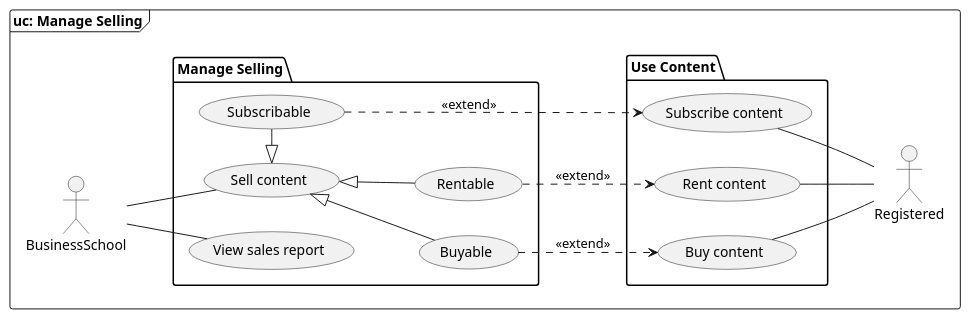
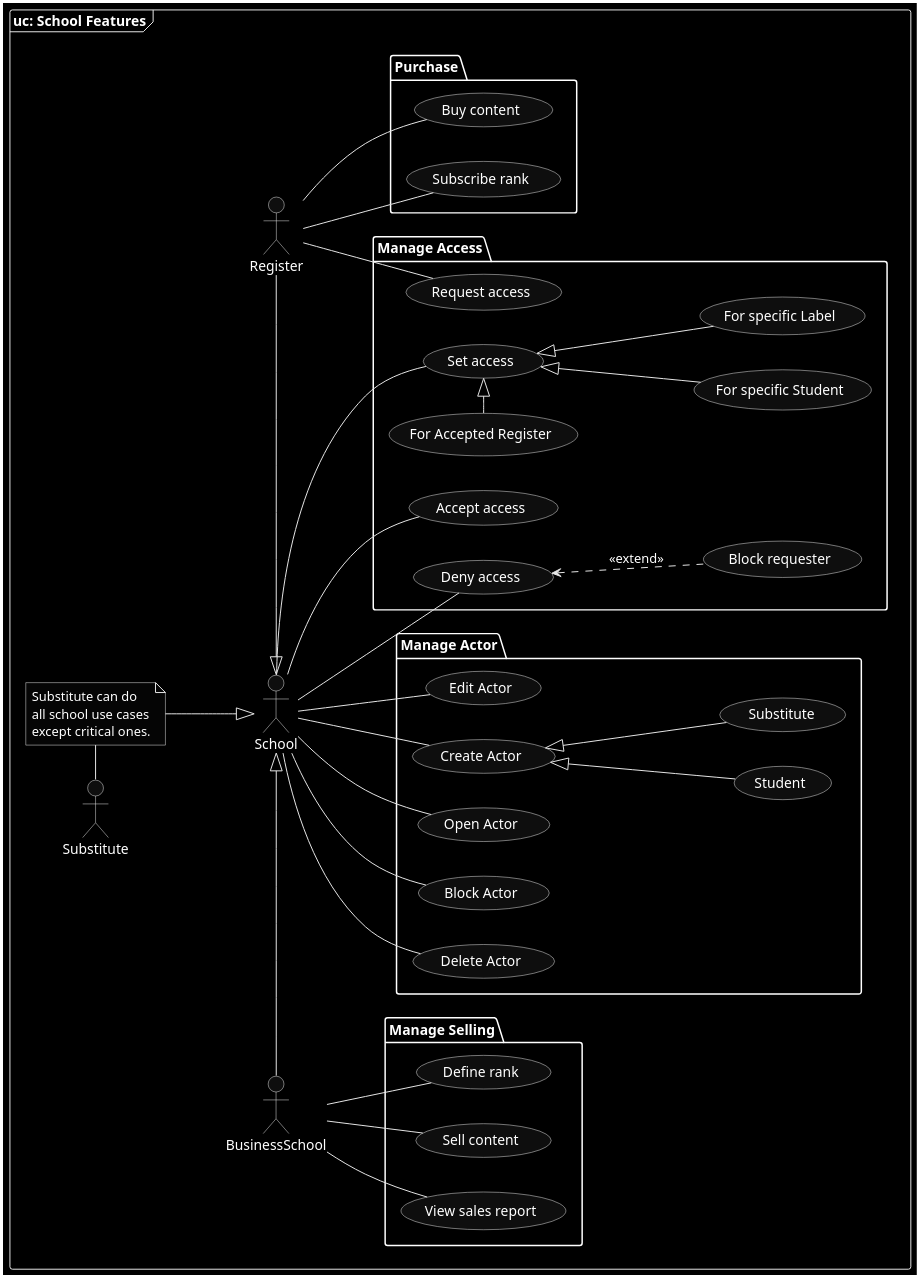
The diagram in models/1.UseCase/selling/1.UseCase.puml (SSMM0498/arkad-conception), drawn with PlantUML before and after one commit. The commit also changed 63 other files, not shown here.

```diff
--- a/models/1.UseCase/selling/1.UseCase.puml
+++ b/models/1.UseCase/selling/1.UseCase.puml
@@ -1,41 +1,64 @@
-@startuml UseCase
+@startuml "School Features"
 left to right direction
 skinparam shadowing false
-skinparam monochrome true
+skinparam monochrome reverse
 
-frame "uc: Manage Selling" {
+frame "uc: School Features" {
+    actor School
     actor BusinessSchool
-    actor Registered
+    actor Substitute
+    actor Register
+
+    note "Substitute can do\nall school use cases\nexcept critical ones." as NOTE
+    :School: <|-up- NOTE
+    NOTE -left- :Substitute:
+    :School: <|-left- :BusinessSchool:
+    :School: <|-right- :Register:
+
+    package "Manage Actor" {
+            (Create Actor) <|-down- (Student)
+            (Create Actor) <|-down- ( Substitute)
+            (Edit Actor)
+            (Delete Actor)
+            (Block Actor)
+            (Open Actor)
+    }
 
     package "Manage Selling" as MSE {
-        (Sell content) <|-left- (Subscribable)
-        (Sell content) <|-down- (Rentable)
-        (Sell content) <|-down- (Buyable)
+        (Sell content)
+        (Define rank)
         (View sales report)
     }
 
-    package "Use Content" as UCO {
-        (Buy content)
-        (Subscribe content)
-        (Rent content)
+    package "Manage Access" as MA {
+        (Request access)
+        (Set access) <|-left- (For Accepted Register)
+        (Set access) <|-down- (For specific Label)
+        (Set access) <|-down- (For specific Student)
+        (Deny access) <.down. (Block requester) : <<extend>>
+        (Accept access)
     }
 
-    (Buyable) .down.> (Buy content) : <<extend>>
-    (Subscribable) .down.> (Subscribe content) : <<extend>>
-    (Rentable) .down.> (Rent content) : <<extend>>
+    package "Purchase" as UCO {
+        (Buy content)
+        (Subscribe rank)
+    }
 
-    :Registered: -up- (Buy content)
-    :Registered: -up- (Subscribe content)
-    :Registered: -up-  (Rent content)
+    :School: -down- (Create Actor)
+    :School: -down- (Edit Actor)
+    :School: -down- (Block Actor)
+    :School: -down- (Delete Actor)
+    :School: -down- (Open Actor)
+    :School: -down- (Set access)
+    :School: -down- (Accept access)
+    :School: -down- (Deny access)
+
+    :Register: -down- (Request access)
+    :Register: -down- (Buy content)
+    :Register: -down- (Subscribe rank)
 
     :BusinessSchool: -down- (Sell content)
+    :BusinessSchool: -down- (Define rank)
     :BusinessSchool: -left- (View sales report)
-    ' :School: -up- (List join request)
-    ' :School: -up- (Open requester profile)
-    ' :School: -up- (Block requester)
-
-    ' :Register: -down- (Request to join)
-    ' :Register: -down- (Use content)
 }
-
 @enduml
```
